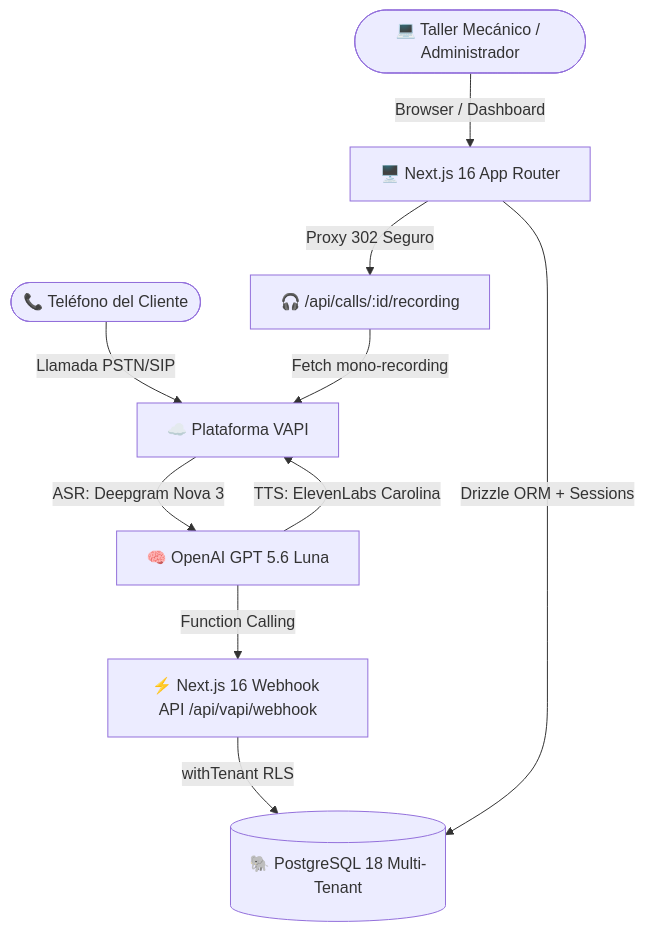
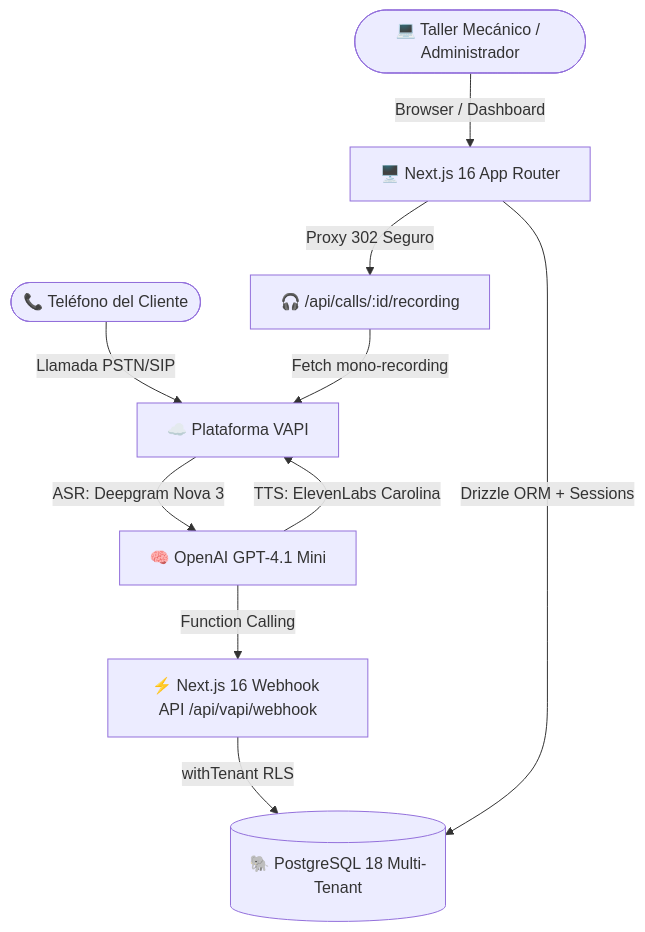
One commit to jukaben32/CRM.Agentevoz changed the diagram in README.md. Above: the diagram before and after it, drawn with Mermaid. The commit also changed other lines of this file and 7 other files, not shown here.

````diff
--- a/README.md
+++ b/README.md
@@ -30,13 +32,13 @@
 ```mermaid
 graph TD
     UserPhone([📞 Teléfono del Cliente]) -->|Llamada PSTN/SIP| VAPI[☁️ Plataforma VAPI]
-    VAPI -->|ASR: Deepgram Nova 3| LLM[🧠 OpenAI GPT 5.6 Luna]
+    VAPI -->|ASR: Deepgram Nova 3| LLM[🧠 OpenAI GPT-4.1 Mini]
     LLM -->|TTS: ElevenLabs Carolina| VAPI
     LLM -->|Function Calling| Webhook[⚡ Next.js 16 Webhook API /api/vapi/webhook]
     Webhook -->|withTenant RLS| DB[(🐘 PostgreSQL 18 Multi-Tenant)]
     
     WebUser([💻 Taller Mecánico / Administrador]) -->|Browser / Dashboard| App[🖥️ Next.js 16 App Router]
     App -->|Drizzle ORM + Sessions| DB
     App -->|Proxy 302 Seguro| AudioProxy[🎧 /api/calls/:id/recording]
     AudioProxy -->|Fetch mono-recording| VAPI
 ```
````
